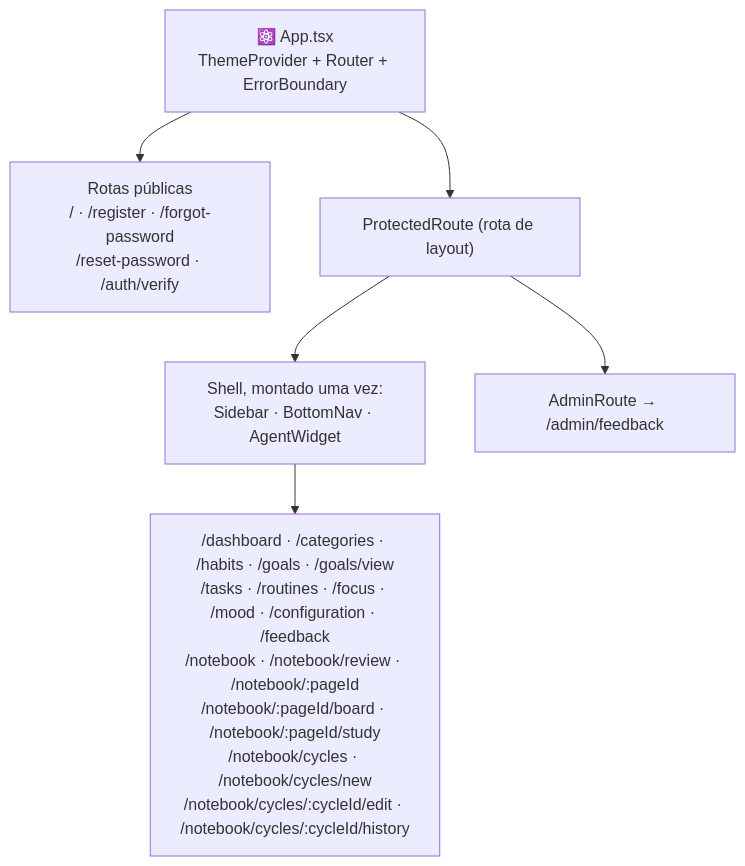
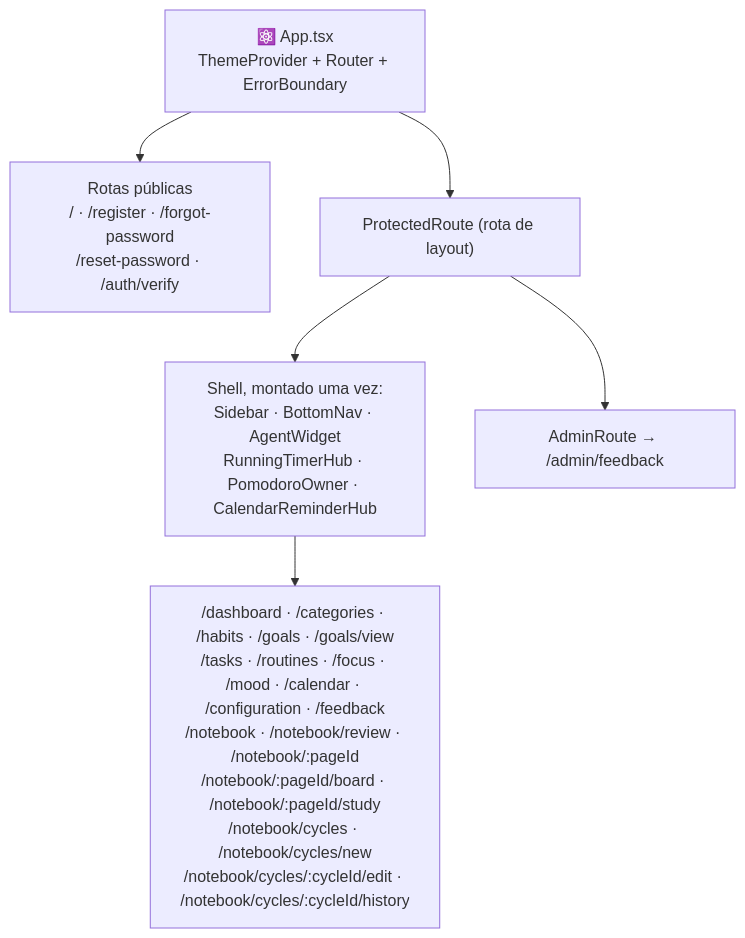
Before and after one commit to AndDev741/Beyou-arch-design: the diagram in architecture/ui-components/pt.md, drawn with Mermaid. The commit also changed other lines of this file and 32 other files, not shown here.

````diff
--- a/architecture/ui-components/pt.md
+++ b/architecture/ui-components/pt.md
@@ -10,9 +10,9 @@
 ```mermaid
 flowchart TD
   APP["⚛️ App.tsx<br/>ThemeProvider + Router + ErrorBoundary"]
   APP --> PUB["Rotas públicas<br/>/ · /register · /forgot-password<br/>/reset-password · /auth/verify"]
   APP --> PROT["ProtectedRoute (rota de layout)"]
-  PROT --> SHELL["Shell, montado uma vez:<br/>Sidebar · BottomNav · AgentWidget"]
-  SHELL --> PAGES["/dashboard · /categories · /habits · /goals · /goals/view<br/>/tasks · /routines · /focus · /mood · /configuration · /feedback<br/>/notebook · /notebook/review · /notebook/:pageId<br/>/notebook/:pageId/board · /notebook/:pageId/study<br/>/notebook/cycles · /notebook/cycles/new<br/>/notebook/cycles/:cycleId/edit · /notebook/cycles/:cycleId/history"]
+  PROT --> SHELL["Shell, montado uma vez:<br/>Sidebar · BottomNav · AgentWidget<br/>RunningTimerHub · PomodoroOwner · CalendarReminderHub"]
+  SHELL --> PAGES["/dashboard · /categories · /habits · /goals · /goals/view<br/>/tasks · /routines · /focus · /mood · /calendar · /configuration · /feedback<br/>/notebook · /notebook/review · /notebook/:pageId<br/>/notebook/:pageId/board · /notebook/:pageId/study<br/>/notebook/cycles · /notebook/cycles/new<br/>/notebook/cycles/:cycleId/edit · /notebook/cycles/:cycleId/history"]
   PROT --> ADMIN["AdminRoute → /admin/feedback"]
 ```
````
